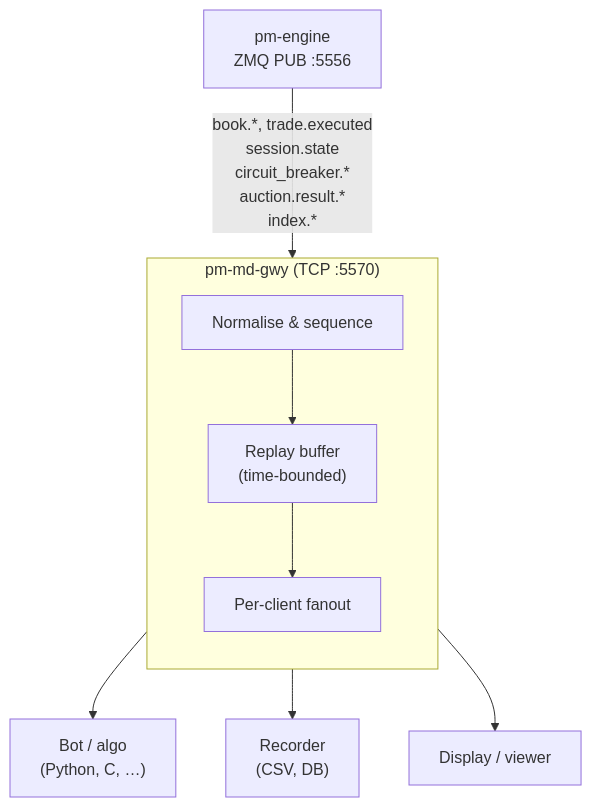
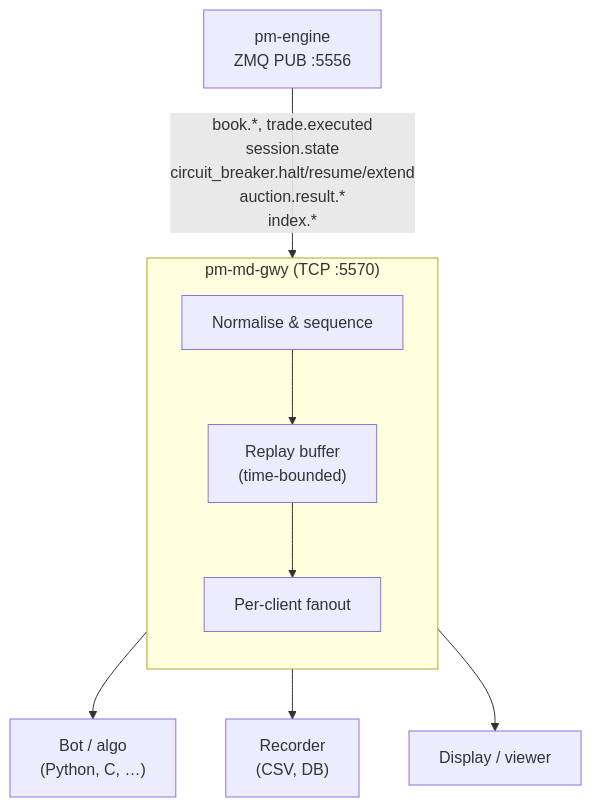
One commit to johan162/EduMatcher changed the first of 3 diagrams in docs/user-guide/240-calf-gateway.md. Above: the diagram before and after it, drawn with Mermaid. The commit also changed other lines of this file and 6 other files, not shown here.

````diff
--- a/docs/user-guide/240-calf-gateway.md
+++ b/docs/user-guide/240-calf-gateway.md
@@ -31,16 +31,16 @@
 ```mermaid
 flowchart TB
-    E[pm-engine\nZMQ PUB :5556] -->|"book.*, trade.executed\nsession.state\ncircuit_breaker.*\nauction.result.*\nindex.*"| G
+    E[pm-engine\nZMQ PUB :5556] -->|"book.*, trade.executed\nsession.state\ncircuit_breaker.halt/resume/extend\nauction.result.*\nindex.*"| G
 
     subgraph G["pm-md-gwy  (TCP :5570)"]
         direction TB
         N["Normalise & sequence"]
         R["Replay buffer\n(time-bounded)"]
         F["Per-client fanout"]
         N --> R --> F
     end
 
     G --> C1["Bot / algo\n(Python, C, …)"]
     G --> C2["Recorder\n(CSV, DB)"]
     G --> C3["Display / viewer"]
 ```
````
